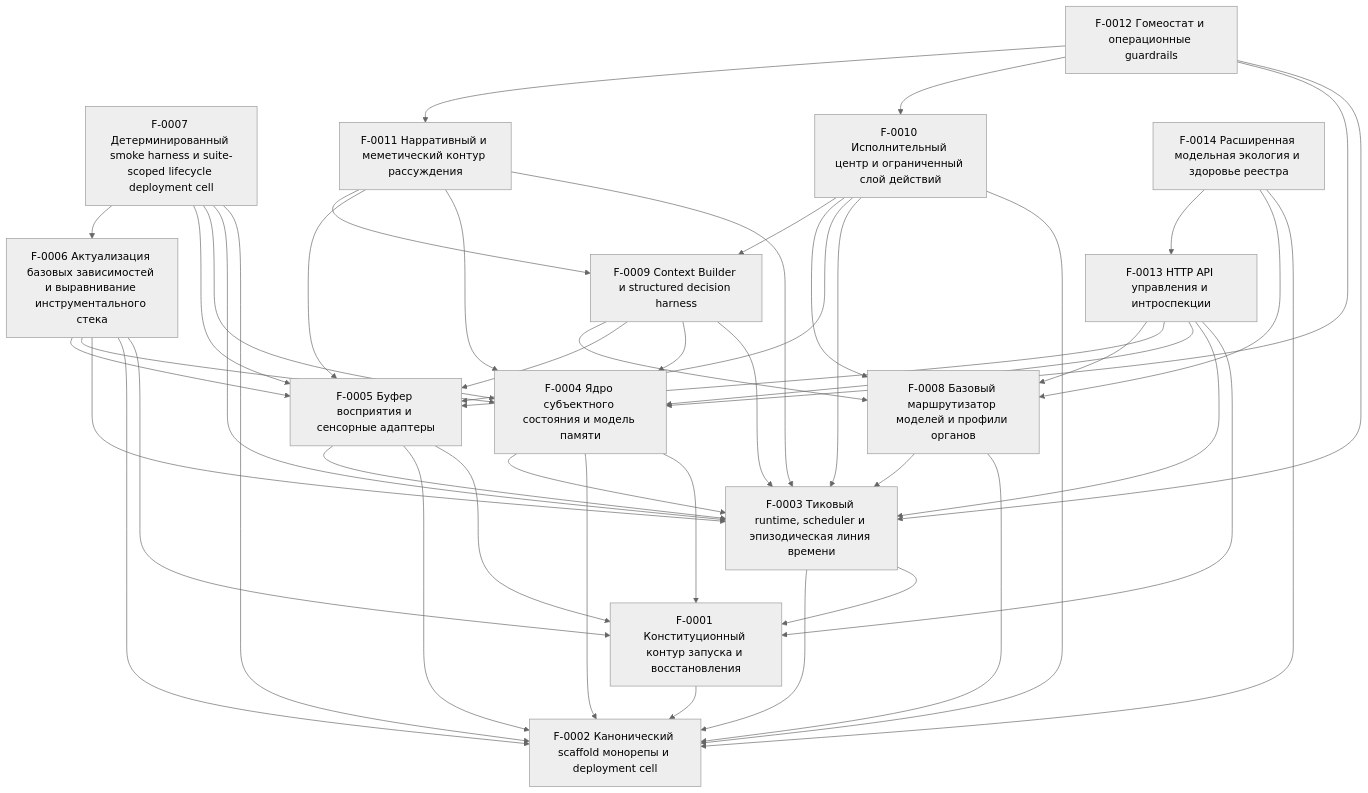
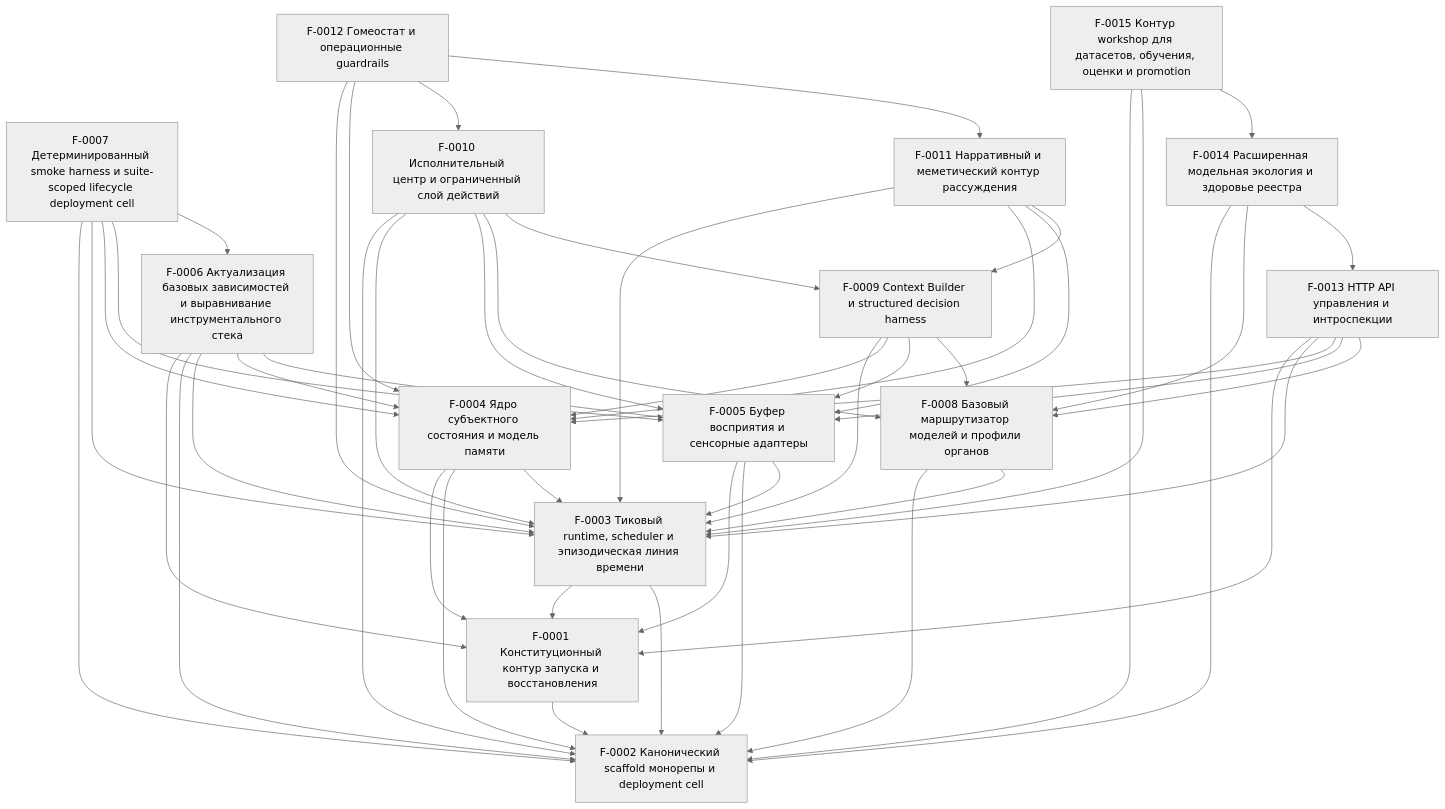
Before and after one commit to kostysh/yaagi: the diagram in docs/ssot/index.md, drawn with Mermaid (neutral theme). The commit also changed other lines of this file and 4 other files, not shown here.

````diff
--- a/docs/ssot/index.md
+++ b/docs/ssot/index.md
@@ -32,63 +33,67 @@
 ```mermaid
 graph TD
   F0001["F-0001 Конституционный контур запуска и восстановления"]
   F0002["F-0002 Канонический scaffold монорепы и deployment cell"]
   F0003["F-0003 Тиковый runtime, scheduler и эпизодическая линия времени"]
   F0004["F-0004 Ядро субъектного состояния и модель памяти"]
   F0005["F-0005 Буфер восприятия и сенсорные адаптеры"]
   F0006["F-0006 Актуализация базовых зависимостей и выравнивание инструментального стека"]
   F0007["F-0007 Детерминированный smoke harness и suite-scoped lifecycle deployment cell"]
   F0008["F-0008 Базовый маршрутизатор моделей и профили органов"]
   F0009["F-0009 Context Builder и structured decision harness"]
   F0010["F-0010 Исполнительный центр и ограниченный слой действий"]
   F0011["F-0011 Нарративный и меметический контур рассуждения"]
   F0012["F-0012 Гомеостат и операционные guardrails"]
   F0013["F-0013 HTTP API управления и интроспекции"]
   F0014["F-0014 Расширенная модельная экология и здоровье реестра"]
+  F0015["F-0015 Контур workshop для датасетов, обучения, оценки и promotion"]
   F0001 --> F0002
   F0003 --> F0001
   F0003 --> F0002
   F0004 --> F0001
   F0004 --> F0002
   F0004 --> F0003
   F0005 --> F0001
   F0005 --> F0002
   F0005 --> F0003
   F0006 --> F0001
   F0006 --> F0002
   F0006 --> F0003
   F0006 --> F0004
   F0006 --> F0005
   F0007 --> F0002
   F0007 --> F0003
   F0007 --> F0004
   F0007 --> F0005
   F0007 --> F0006
   F0008 --> F0002
   F0008 --> F0003
   F0009 --> F0003
   F0009 --> F0004
   F0009 --> F0005
   F0009 --> F0008
   F0010 --> F0002
   F0010 --> F0003
   F0010 --> F0005
   F0010 --> F0008
   F0010 --> F0009
   F0011 --> F0003
   F0011 --> F0004
   F0011 --> F0005
   F0011 --> F0009
   F0012 --> F0003
   F0012 --> F0004
   F0012 --> F0010
   F0012 --> F0011
   F0013 --> F0001
   F0013 --> F0003
   F0013 --> F0004
   F0013 --> F0005
   F0013 --> F0008
   F0014 --> F0002
   F0014 --> F0008
   F0014 --> F0013
+  F0015 --> F0002
+  F0015 --> F0003
+  F0015 --> F0014
 ```
````
